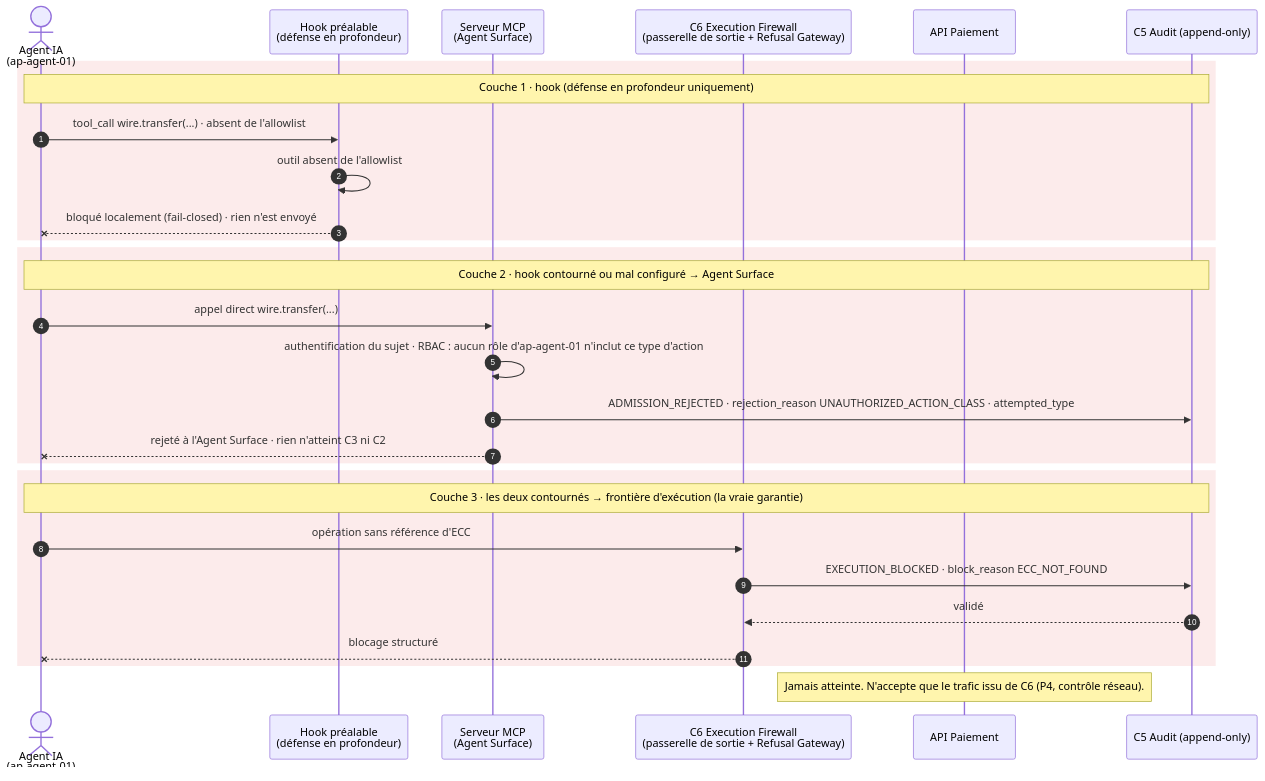
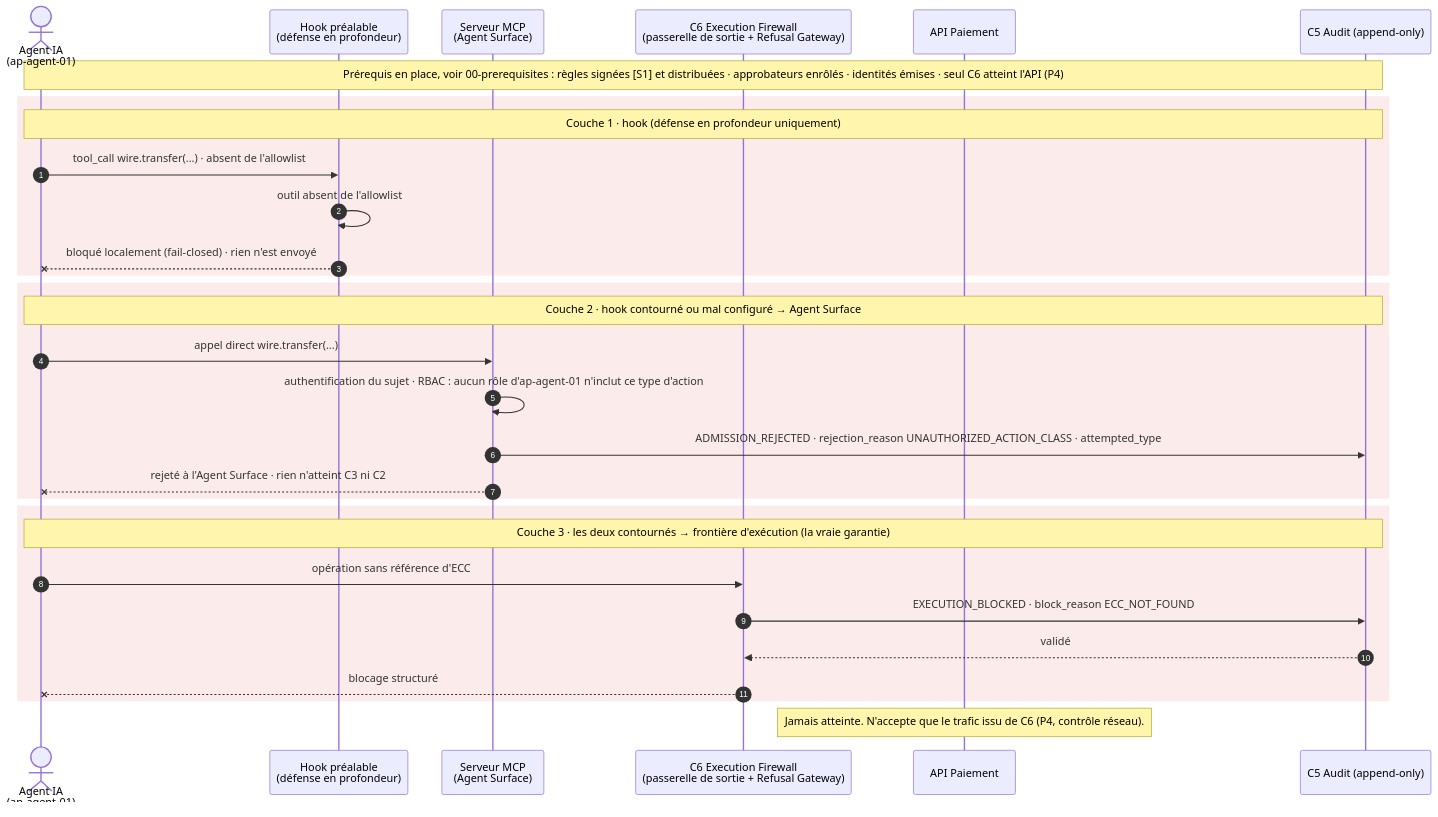
One commit to CROA-Project/CROA changed the diagram in docs/examples/payment-via-mcp/fr/04-unregistered-tool.md. Above: the diagram before and after it, drawn with Mermaid. The commit also changed 17 other files, not shown here.

````diff
--- a/docs/examples/payment-via-mcp/fr/04-unregistered-tool.md
+++ b/docs/examples/payment-via-mcp/fr/04-unregistered-tool.md
@@ -13,33 +13,35 @@
 ```mermaid
 sequenceDiagram
     autonumber
     actor AG as Agent IA<br/>(ap-agent-01)
     participant HK as Hook préalable<br/>(défense en profondeur)
     participant SRV as Serveur MCP<br/>(Agent Surface)
     participant C6 as C6 Execution Firewall<br/>(passerelle de sortie + Refusal Gateway)
     participant API as API Paiement
     participant C5 as C5 Audit (append-only)
+
+    Note over AG,C5: Prérequis en place, voir 00-prerequisites : règles signées [S1] et distribuées · approbateurs enrôlés · identités émises · seul C6 atteint l'API (P4)
 
     rect rgba(220, 60, 60, 0.10)
         Note over AG,C5: Couche 1 · hook (défense en profondeur uniquement)
         AG->>HK: tool_call wire.transfer(...) · absent de l'allowlist
         HK->>HK: outil absent de l'allowlist
         HK--xAG: bloqué localement (fail-closed) · rien n'est envoyé
     end
     rect rgba(220, 60, 60, 0.10)
         Note over AG,C5: Couche 2 · hook contourné ou mal configuré → Agent Surface
         AG->>SRV: appel direct wire.transfer(...)
         SRV->>SRV: authentification du sujet · RBAC : aucun rôle d'ap-agent-01 n'inclut ce type d'action
         SRV->>C5: ADMISSION_REJECTED · rejection_reason UNAUTHORIZED_ACTION_CLASS · attempted_type
         SRV--xAG: rejeté à l'Agent Surface · rien n'atteint C3 ni C2
     end
     rect rgba(220, 60, 60, 0.10)
         Note over AG,C5: Couche 3 · les deux contournés → frontière d'exécution (la vraie garantie)
         AG->>C6: opération sans référence d'ECC
         C6->>C5: EXECUTION_BLOCKED · block_reason ECC_NOT_FOUND
         C5-->>C6: validé
         C6--xAG: blocage structuré
     end
 
     Note over API: Jamais atteinte. N'accepte que le trafic issu de C6 (P4, contrôle réseau).
 ```
````
